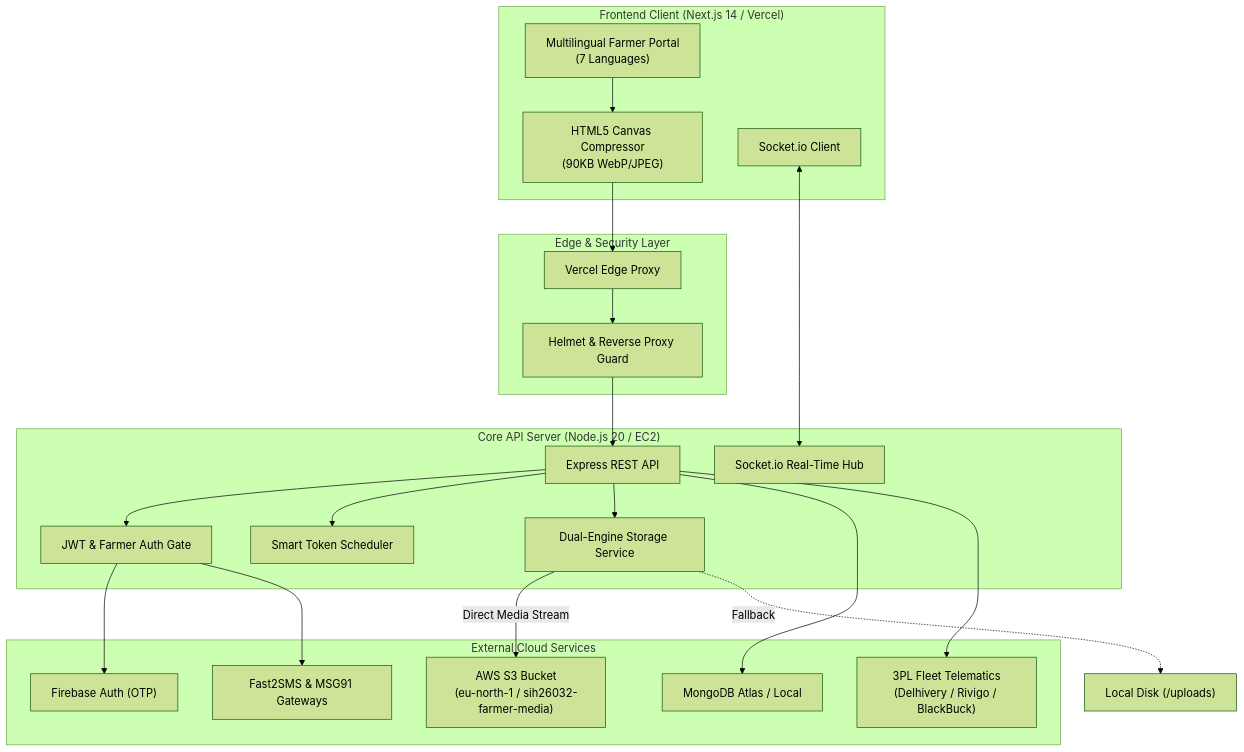
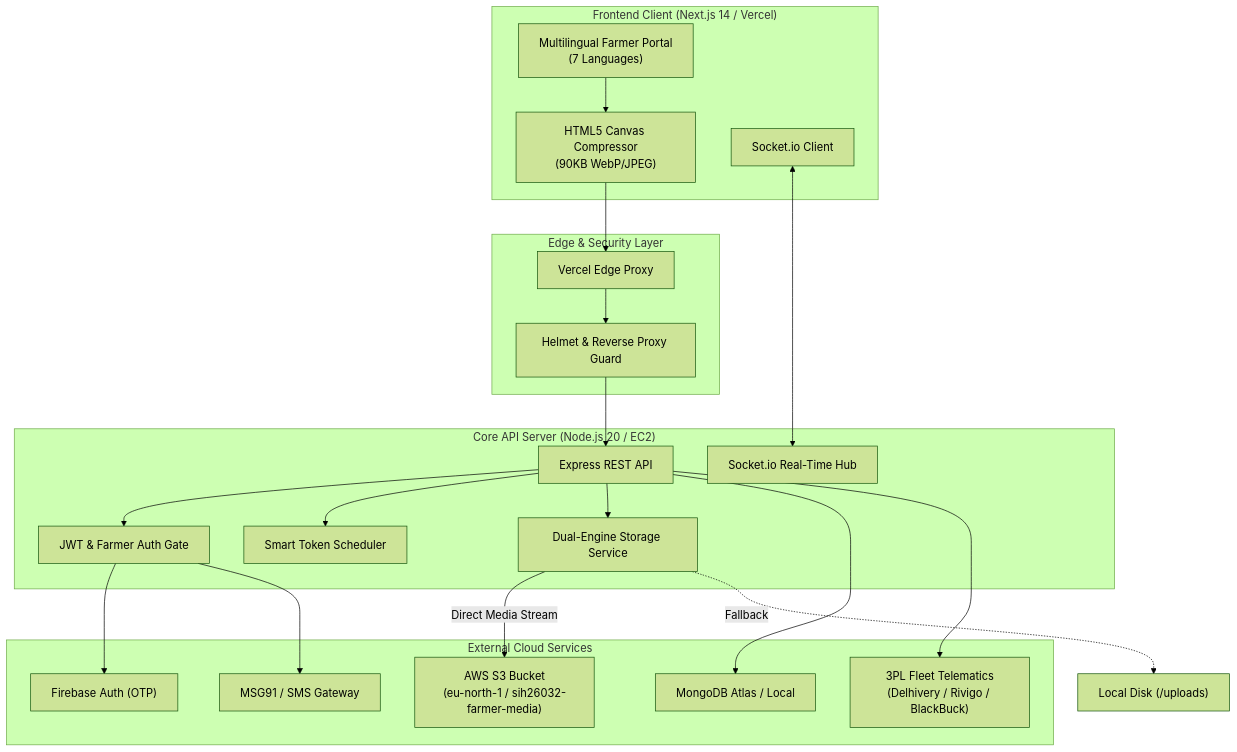
One commit to subhobhai943/SIH2026-PS26032 changed the diagram in README.md. Above: the diagram before and after it, drawn with Mermaid (forest theme). The commit also changed other lines of this file and 10 other files, not shown here.

Commit message:
Add DBT payment status confirmation, official printable receipt, and remove Fast2SMS

````diff
--- a/README.md
+++ b/README.md
@@ -49,43 +49,43 @@
 ```mermaid
 flowchart TD
     subgraph Client["Frontend Client (Next.js 14 / Vercel)"]
         UI["Multilingual Farmer Portal\n(7 Languages)"]
         Compressor["HTML5 Canvas Compressor\n(90KB WebP/JPEG)"]
         SocketClient["Socket.io Client"]
     end
 
     subgraph CDN["Edge & Security Layer"]
         VercelEdge["Vercel Edge Proxy"]
         HelmetCORS["Helmet & Reverse Proxy Guard"]
     end
 
     subgraph Backend["Core API Server (Node.js 20 / EC2)"]
         API["Express REST API"]
         AuthService["JWT & Farmer Auth Gate"]
         UploadService["Dual-Engine Storage Service"]
         QueueEngine["Smart Token Scheduler"]
         SocketServer["Socket.io Real-Time Hub"]
     end
 
     subgraph Cloud["External Cloud Services"]
         S3["AWS S3 Bucket\n(eu-north-1 / sih26032-farmer-media)"]
         Mongo["MongoDB Atlas / Local"]
         Firebase["Firebase Auth (OTP)"]
-        Fast2SMS["Fast2SMS & MSG91 Gateways"]
+        SMS["MSG91 / SMS Gateway"]
         Logistics["3PL Fleet Telematics\n(Delhivery / Rivigo / BlackBuck)"]
     end
 
     UI --> Compressor
     Compressor --> VercelEdge
     SocketClient <--> SocketServer
     VercelEdge --> HelmetCORS --> API
     API --> AuthService
     API --> QueueEngine
     API --> UploadService
     UploadService -->|Direct Media Stream| S3
     UploadService -.->|Fallback| LocalDisk["Local Disk (/uploads)"]
     API --> Mongo
     AuthService --> Firebase
-    AuthService --> Fast2SMS
+    AuthService --> SMS
     API --> Logistics
 ```
````
